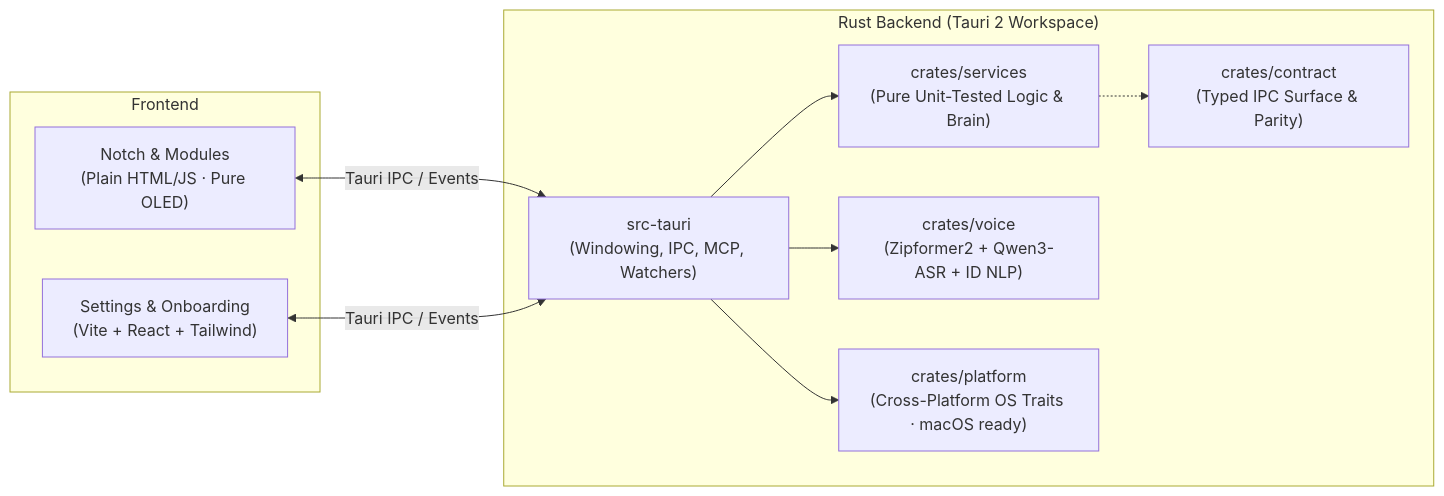
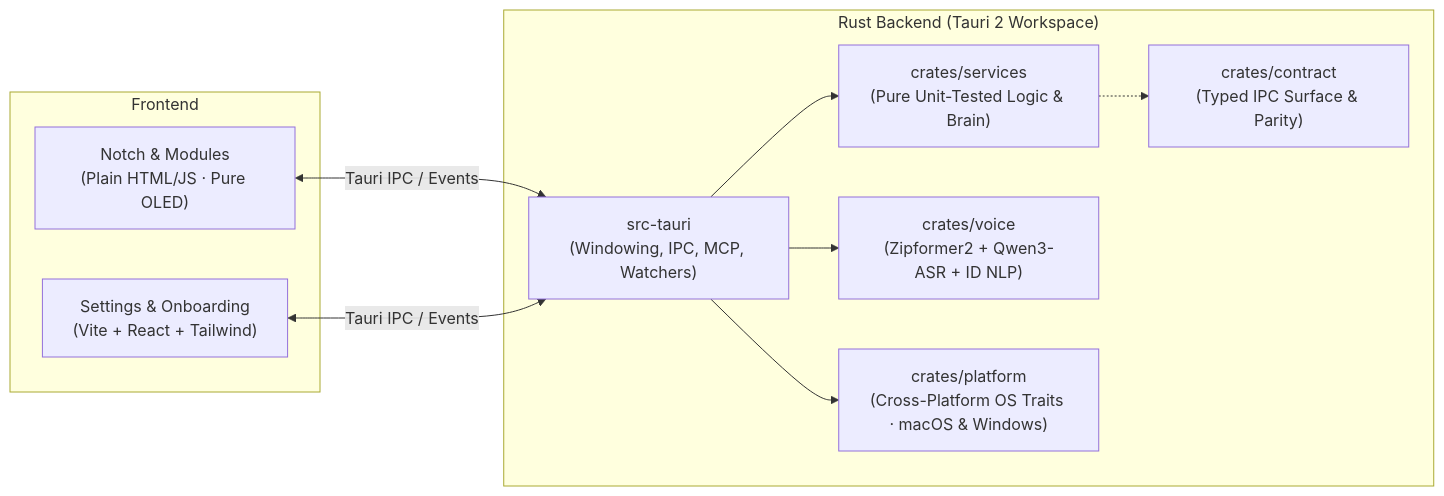
One commit to rheynoapria/sympony-ai changed the diagram in README.md. Above: the diagram before and after it, drawn with Mermaid. The commit also changed other lines of this file, not shown here.

Commit message:
docs: update README with Windows Beta support, Floating Pony Chat, Glass style & per-OS updater

````diff
--- a/README.md
+++ b/README.md
@@ -140,22 +142,22 @@
 ```mermaid
 flowchart LR
   subgraph UI["Frontend"]
     Notch["Notch & Modules<br/>(Plain HTML/JS · Pure OLED)"]
     Settings["Settings & Onboarding<br/>(Vite + React + Tailwind)"]
   end
 
   subgraph Core["Rust Backend (Tauri 2 Workspace)"]
     Tauri["src-tauri<br/>(Windowing, IPC, MCP, Watchers)"]
     Services["crates/services<br/>(Pure Unit-Tested Logic & Brain)"]
     Voice["crates/voice<br/>(Zipformer2 + Qwen3-ASR + ID NLP)"]
-    Platform["crates/platform<br/>(Cross-Platform OS Traits · macOS ready)"]
+    Platform["crates/platform<br/>(Cross-Platform OS Traits · macOS & Windows)"]
     Contract["crates/contract<br/>(Typed IPC Surface & Parity)"]
   end
 
   Notch <-->|Tauri IPC / Events| Tauri
   Settings <-->|Tauri IPC / Events| Tauri
   Tauri --> Services
   Tauri --> Voice
   Tauri --> Platform
   Services -.-> Contract
 ```
````
